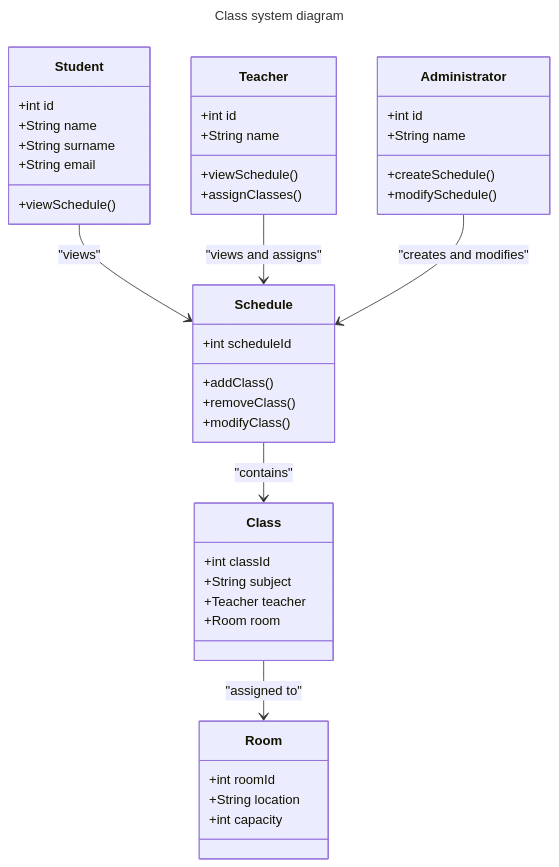
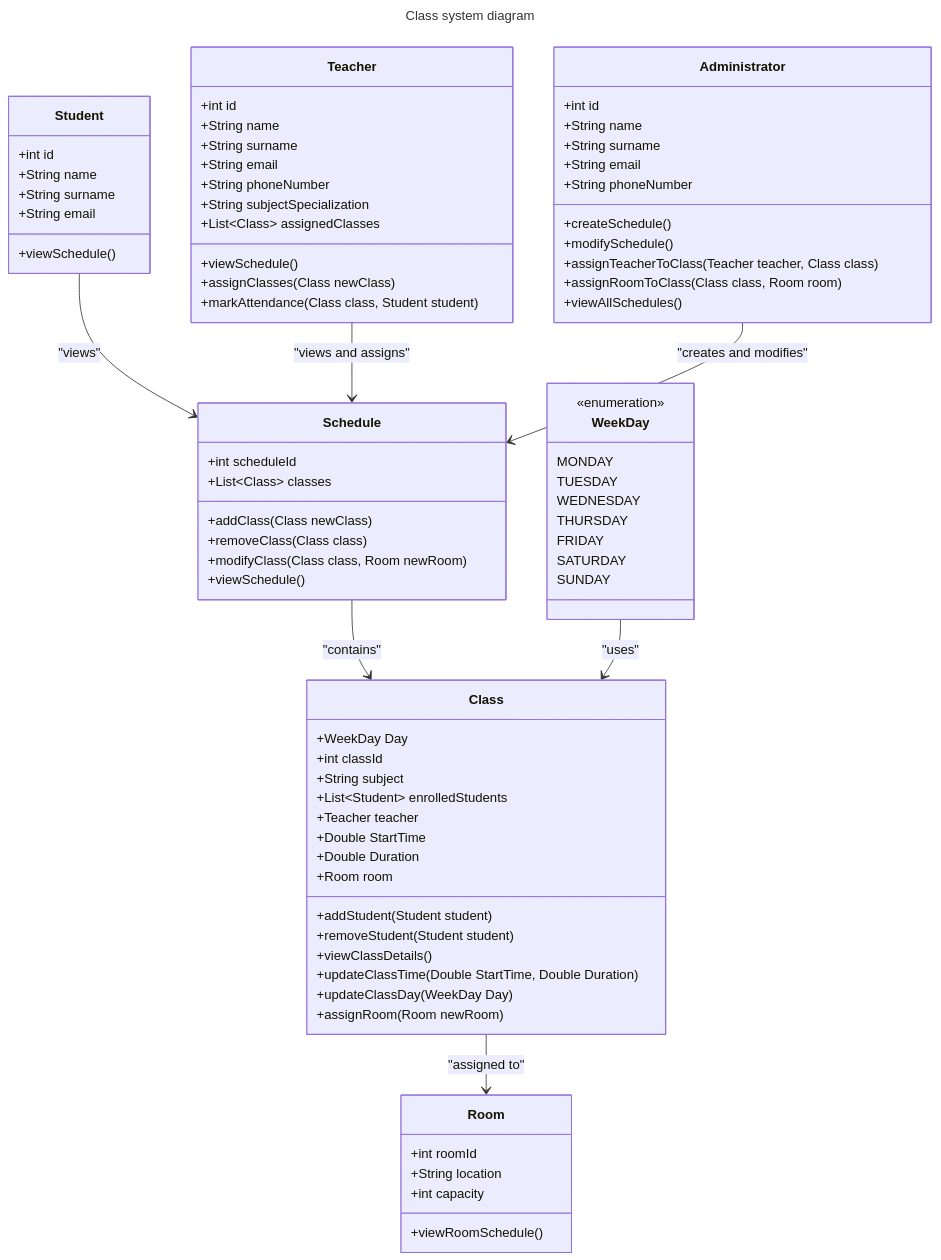
The first of 2 diagrams in README.md (lsmine0/PlanZajecUML), drawn with Mermaid before and after one commit. The commit also changed other lines of this file, not shown here.

Commit message:
Expanded the Layour adding

````diff
--- a/README.md
+++ b/README.md
@@ -6,6 +7,17 @@
 title: Class system diagram
 ---
 classDiagram
+    class WeekDay {
+        <<enumeration>>
+        MONDAY
+        TUESDAY
+        WEDNESDAY
+        THURSDAY
+        FRIDAY
+        SATURDAY
+        SUNDAY
+    }
+
     class Student {
         +int id
         +String name
@@ -17,35 +29,61 @@
     class Teacher {
         +int id
         +String name
+        +String surname
+        +String email
+        +String phoneNumber
+        +String subjectSpecialization
+        +List~Class~ assignedClasses
         +viewSchedule()
-        +assignClasses()
+        +assignClasses(Class newClass)
+        +markAttendance(Class class, Student student)
+
     }
 
     class Administrator {
         +int id
         +String name
+        +String surname
+        +String email
+        +String phoneNumber
         +createSchedule()
         +modifySchedule()
+        +assignTeacherToClass(Teacher teacher, Class class)
+        +assignRoomToClass(Class class, Room room)
+        +viewAllSchedules()
     }
 
     class Schedule {
         +int scheduleId
-        +addClass()
-        +removeClass()
-        +modifyClass()
+        +List~Class~ classes
+        +addClass(Class newClass)
+        +removeClass(Class class)
+        +modifyClass(Class class, Room newRoom)
+        +viewSchedule()
     }
 
     class Class {
+        +WeekDay Day
         +int classId
         +String subject
+        +List~Student~ enrolledStudents
         +Teacher teacher
+        +Double StartTime
+        +Double Duration
         +Room room
+        +addStudent(Student student)
+        +removeStudent(Student student)
+        +viewClassDetails()
+        +updateClassTime(Double StartTime, Double Duration)
+        +updateClassDay(WeekDay Day)
+        +assignRoom(Room newRoom)
     }
 
     class Room {
         +int roomId
         +String location
         +int capacity
+                +viewRoomSchedule()
     }
 
     Student --> Schedule : "views"
@@ -53,4 +91,5 @@
     Administrator --> Schedule : "creates and modifies"
     Schedule --> Class : "contains"
     Class --> Room : "assigned to"
+    WeekDay --> Class : "uses"
 ```
````
